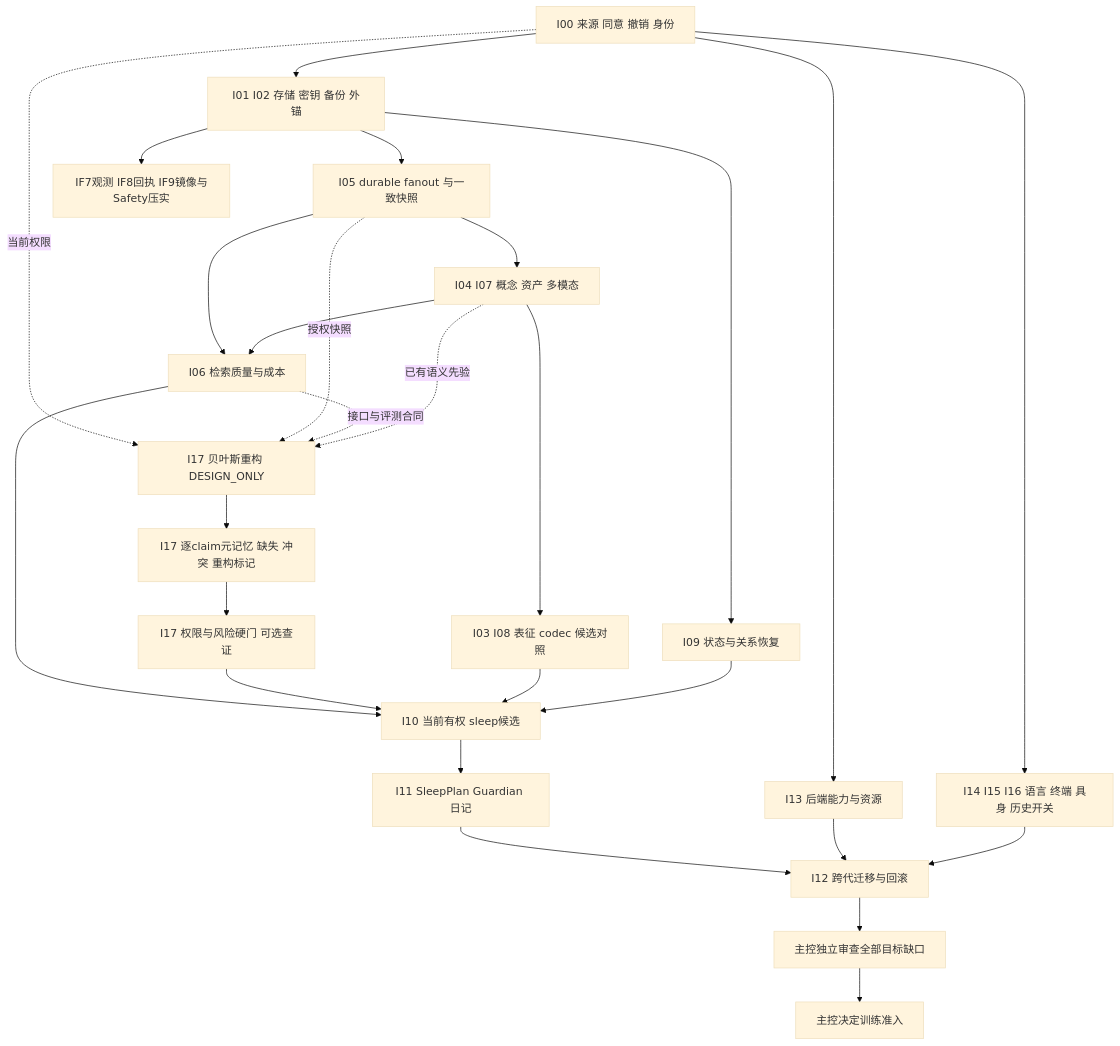
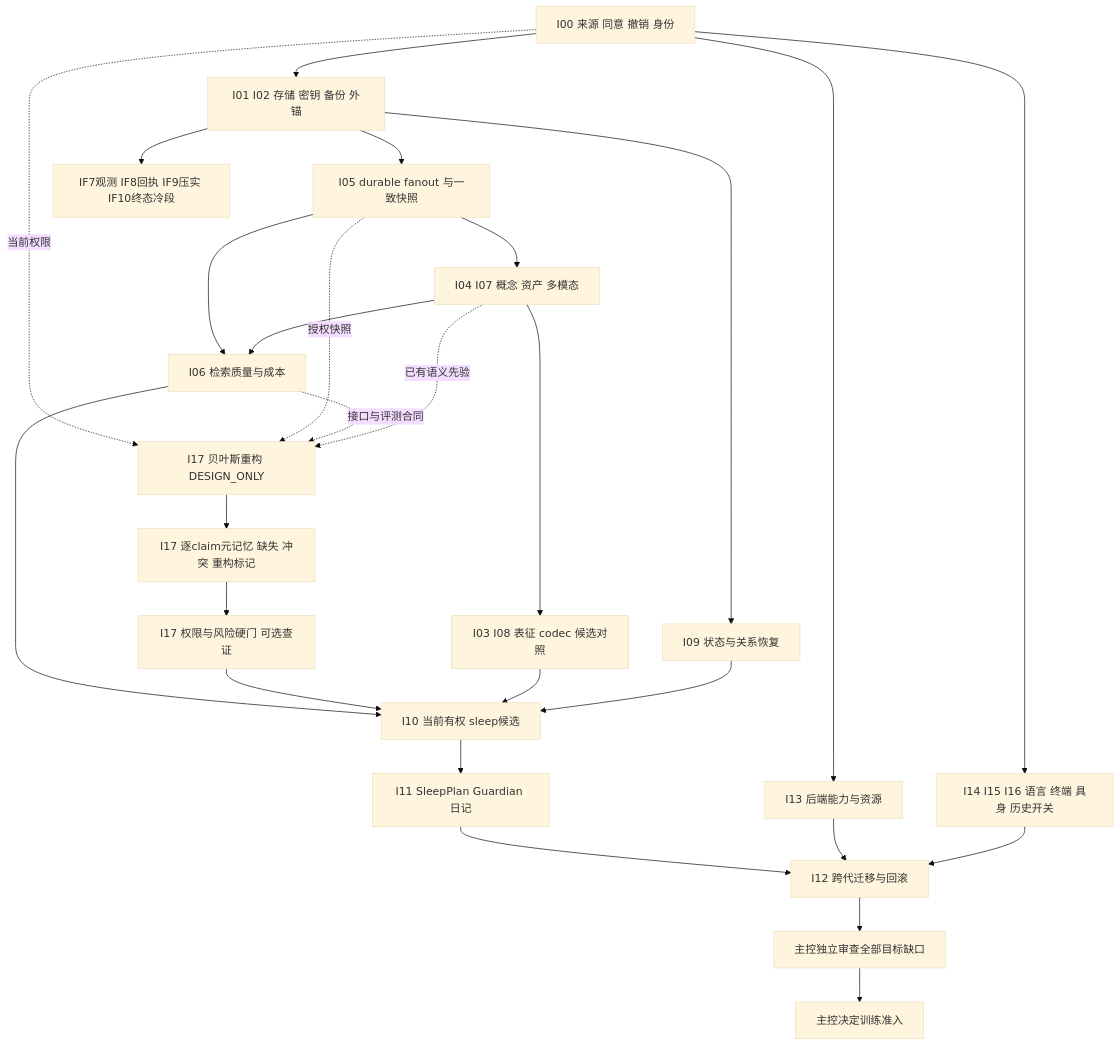
Before and after one commit to saigyujikingyo-png/companion-core: the diagram in docs/AEMC-INFRASTRUCTURE.md, drawn with Mermaid (base theme). The commit also changed other lines of this file and 21 other files, not shown here.

````diff
--- a/docs/AEMC-INFRASTRUCTURE.md
+++ b/docs/AEMC-INFRASTRUCTURE.md
@@ -44,29 +45,29 @@
 ```mermaid
 flowchart TD
   A[I00 来源 同意 撤销 身份] --> B[I01 I02 存储 密钥 备份 外锚]
   B --> C[I05 durable fanout 与一致快照]
-  B --> R[IF7观测 IF8回执 IF9镜像与Safety压实]
+  B --> R[IF7观测 IF8回执 IF9压实 IF10终态冷段]
   C --> D[I04 I07 概念 资产 多模态]
   C --> E[I06 检索质量与成本]
   B --> F[I09 状态与关系恢复]
   D --> E
   A -. 当前权限 .-> Q[I17 贝叶斯重构 DESIGN_ONLY]
   C -. 授权快照 .-> Q
   E -. 接口与评测合同 .-> Q
   D -. 已有语义先验 .-> Q
   Q --> V[I17 逐claim元记忆 缺失 冲突 重构标记]
   V --> W[I17 权限与风险硬门 可选查证]
   D --> G[I03 I08 表征 codec 候选对照]
   E --> H[I10 当前有权 sleep候选]
   W --> H
   G --> H
   F --> H
   H --> I[I11 SleepPlan Guardian 日记]
   A --> J[I13 后端能力与资源]
   A --> K[I14 I15 I16 语言 终端 具身 历史开关]
   I --> L[I12 跨代迁移与回滚]
   J --> L
   K --> L
   L --> M[主控独立审查全部目标缺口]
   M --> N[主控决定训练准入]
 ```
````
